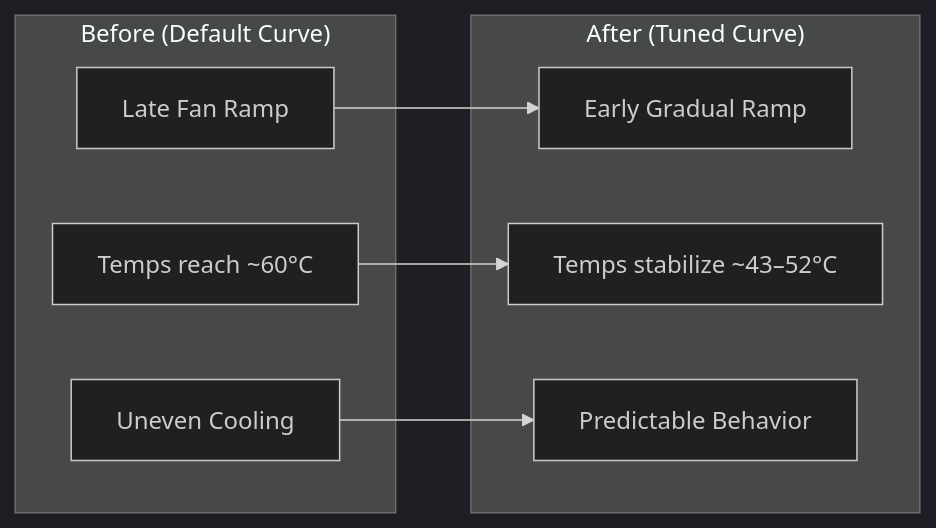
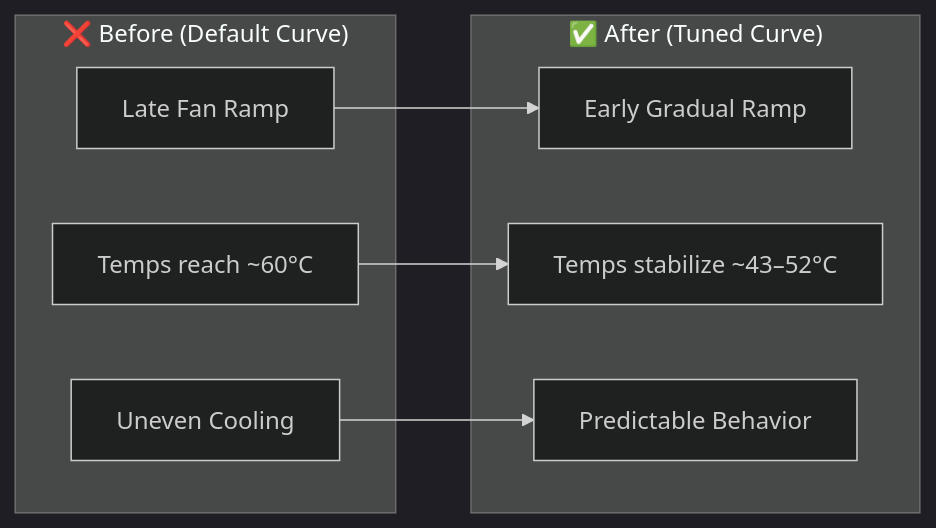
One commit to rw-martin/UGREEN-DXP4800-Fan-Curve changed the third of 3 diagrams in README.md. Above: the diagram before and after it, drawn with Mermaid (dark theme). The commit also changed other lines of this file and 3 other files, not shown here.

````diff
--- a/README.md
+++ b/README.md
@@ -127,18 +171,18 @@
 ```mermaid
 flowchart LR
-    subgraph Before["Before (Default Curve)"]
+    subgraph Before["❌ Before (Default Curve)"]
         A1["Late Fan Ramp"]
         A2["Temps reach ~60°C"]
         A3["Uneven Cooling"]
     end
-
-    subgraph After["After (Tuned Curve)"]
+ 
+    subgraph After["✅ After (Tuned Curve)"]
         B1["Early Gradual Ramp"]
         B2["Temps stabilize ~43–52°C"]
         B3["Predictable Behavior"]
     end
-
+ 
     A1 --> B1
     A2 --> B2
     A3 --> B3
 ```
````
